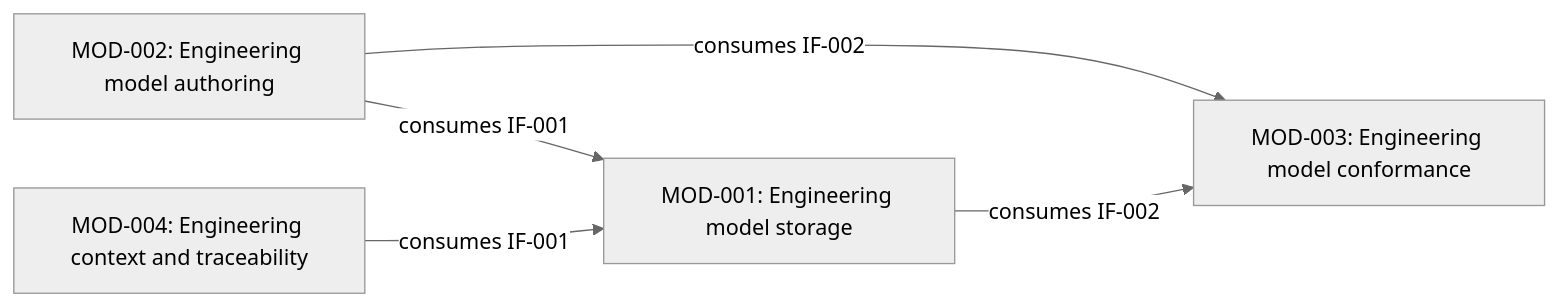
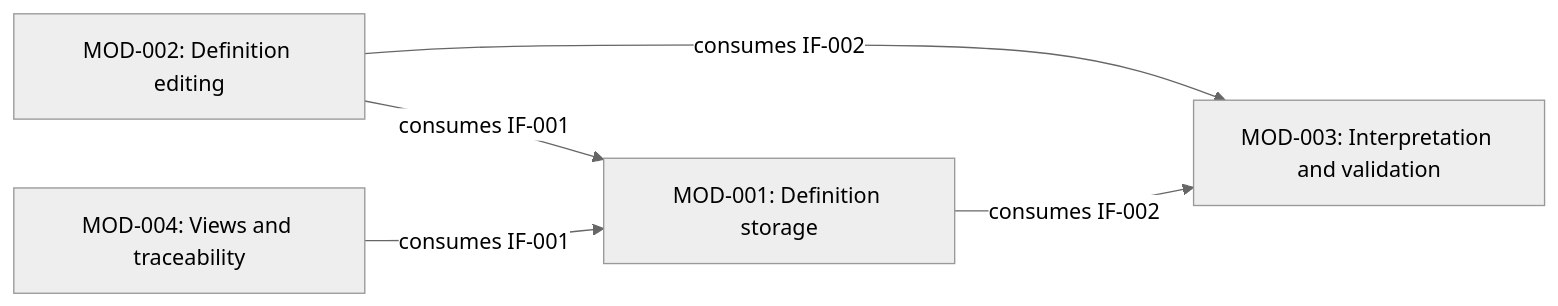
Before and after one commit to xiongxianfei/rigorloop: the first of 2 diagrams in design/architecture/README.md, drawn with Mermaid (neutral theme). The commit also changed other lines of this file and 378 other files, not shown here.

First line of the commit message:
Refine engineering design and architecture browser

````diff
--- a/design/architecture/README.md
+++ b/design/architecture/README.md
@@ -71,11 +71,11 @@
 ```mermaid
 flowchart LR
-    Authoring["MOD-002: Engineering model authoring"]
-    Context["MOD-004: Engineering context and traceability"]
-    Storage["MOD-001: Engineering model storage"]
-    Conformance["MOD-003: Engineering model conformance"]
+    Authoring["MOD-002: Definition editing"]
+    Context["MOD-004: Views and traceability"]
+    Storage["MOD-001: Definition storage"]
+    Conformance["MOD-003: Interpretation and validation"]
     Authoring -->|"consumes IF-001"| Storage
     Context -->|"consumes IF-001"| Storage
     Authoring -->|"consumes IF-002"| Conformance
     Storage -->|"consumes IF-002"| Conformance
 ```
````
